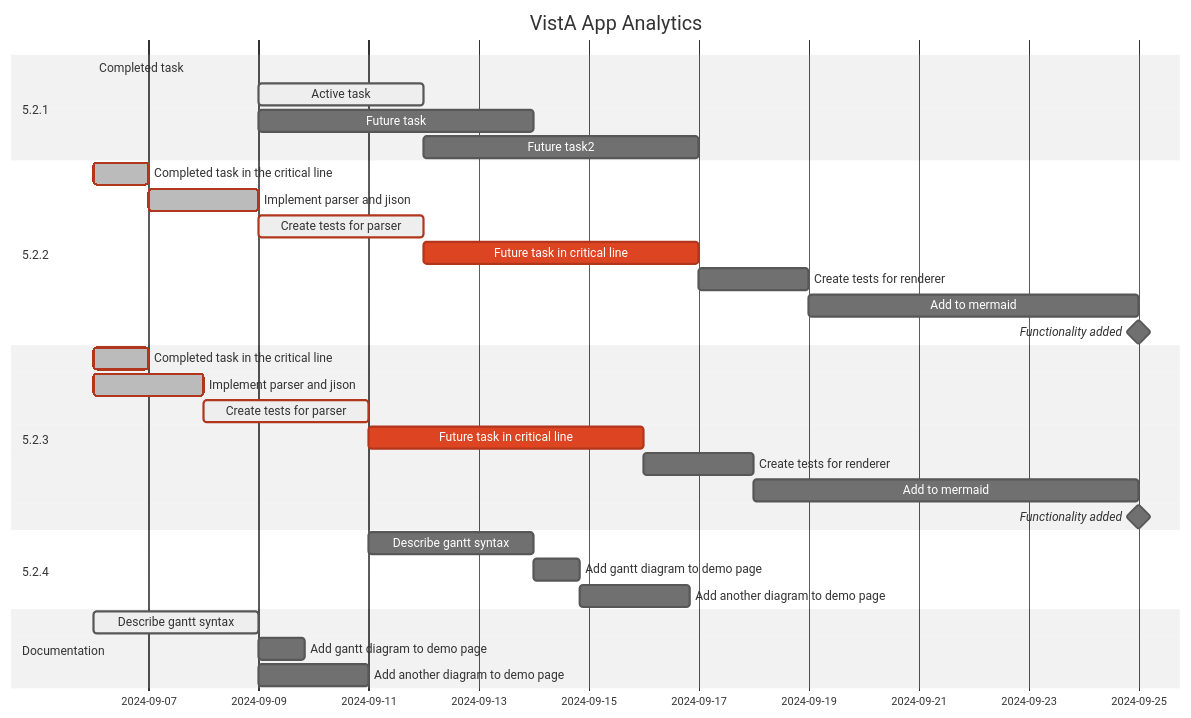
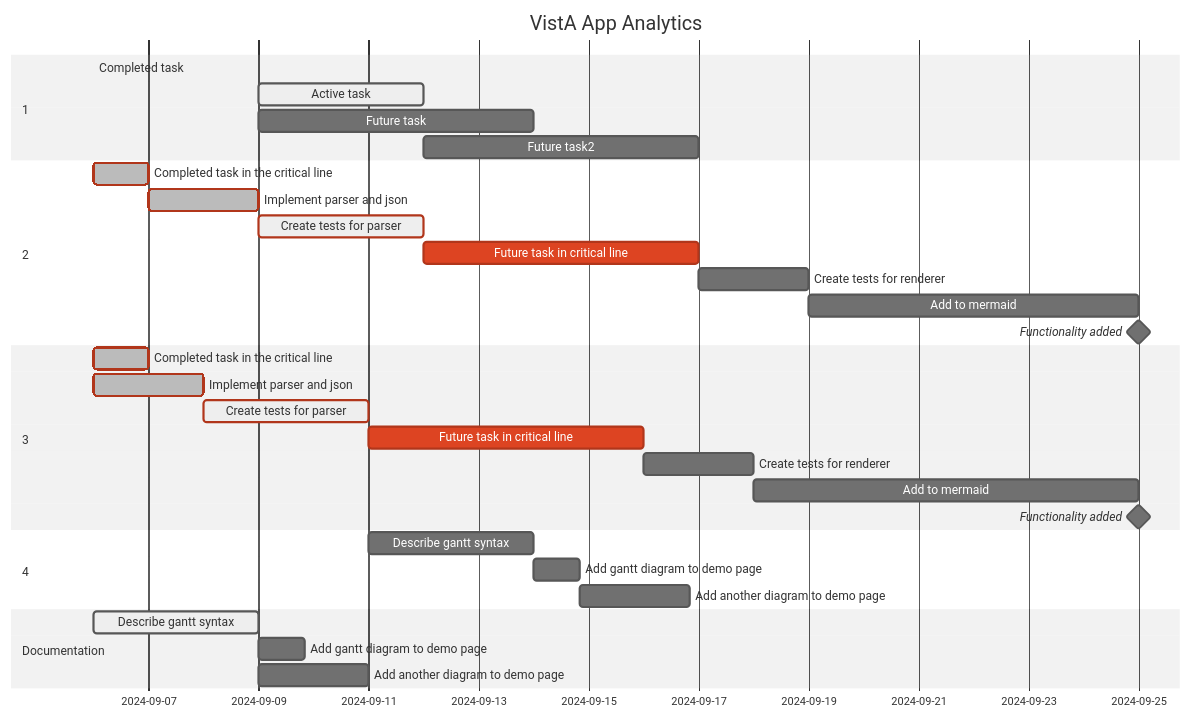
One commit to cloudvista/vaa changed the diagram in readme.md. Above: the diagram before and after it, drawn with Mermaid (neutral theme). The commit also changed other lines of this file, not shown here.

````diff
--- a/readme.md
+++ b/readme.md
@@ -44,40 +43,40 @@
 ```mermaid
 gantt
     dateFormat  YY-MM-DD
     title       VistA App Analytics
  
-    section 5.2.1
+    section 1
     Completed task            :done,    task1, 2024-09-06,2024-09-08
     Active task               :active,  task2, 2024-09-09, 3d
     Future task               :         task3, after task2, 5d
     Future task2              :         task4, after task3, 5d
 
-    section 5.2.2
+    section 2
     Completed task in the critical line :crit, done, 2024-09-06,24h
-    Implement parser and jison          :crit, done, after task1, 2d
+    Implement parser and json          :crit, done, after task1, 2d
     Create tests for parser             :crit, active, 3d
     Future task in critical line        :crit, 5d
     Create tests for renderer           :2d
     Add to mermaid                      :until isadded
     Functionality added                 :milestone, isadded, 2024-09-25, 0d
     
-    section 5.2.3
+    section 3
     Completed task in the critical line :crit, done, 2024-09-06,24h
-    Implement parser and jison          :crit, done, after des1, 2d
+    Implement parser and json          :crit, done, after des1, 2d
     Create tests for parser             :crit, active, 3d
     Future task in critical line        :crit, 5d
     Create tests for renderer           :2d
     Add to mermaid                      :until isadded
     Functionality added                 :milestone, isadded, 2024-09-25, 0d
 
-    section 5.2.4
+    section 4
     Describe gantt syntax               :after doc1, 3d
     Add gantt diagram to demo page      :20h
     Add another diagram to demo page    :48h
 
     section Documentation
     Describe gantt syntax               :active, a1, after des1, 3d
     Add gantt diagram to demo page      :after a1  , 20h
     Add another diagram to demo page    :doc1, after a1  , 48h
 
 ```
````
